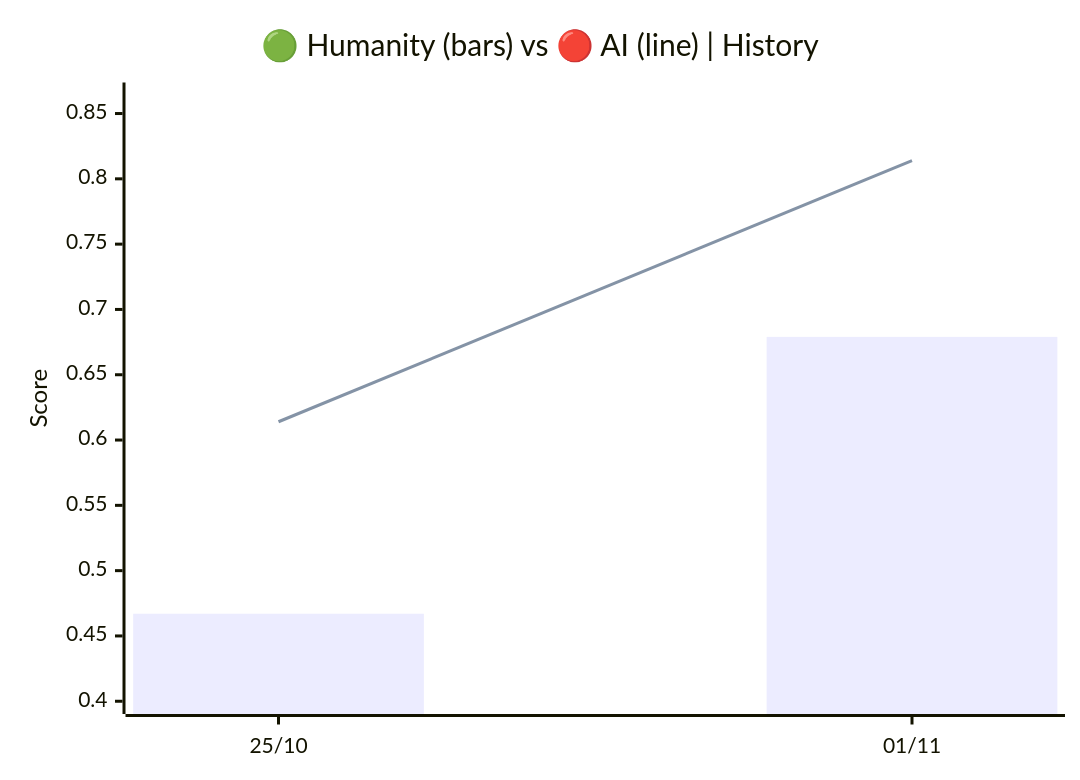
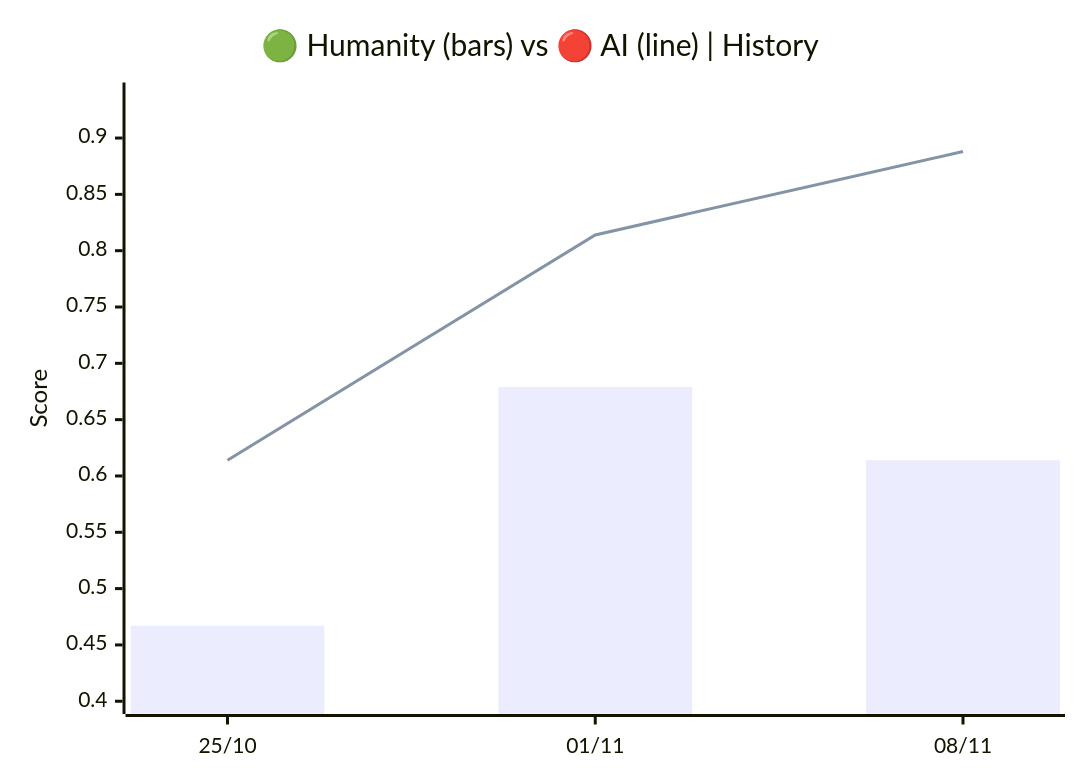
One commit to VQQLK/Human-AI-Monitor changed the first of 3 diagrams in README.md. Above: the diagram before and after it, drawn with Mermaid. The commit also changed other lines of this file and 8 other files, not shown here.

````diff
--- a/README.md
+++ b/README.md
@@ -34,8 +34,8 @@
 ```mermaid
 xychart-beta
     title "🟢 Humanity (bars) vs 🔴 AI (line) | History"
-    x-axis ["25/10", "01/11"]
-    y-axis "Score" 0.400 --> 0.864
-    bar [0.467, 0.679]
-    line [0.614, 0.814]
+    x-axis ["25/10", "01/11", "08/11"]
+    y-axis "Score" 0.400 --> 0.938
+    bar [0.467, 0.679, 0.614]
+    line [0.614, 0.814, 0.888]
 ```
````
